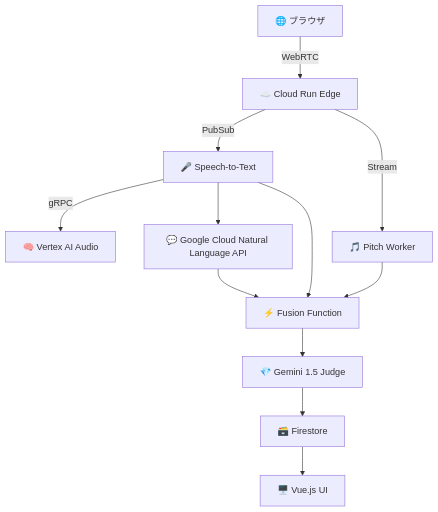
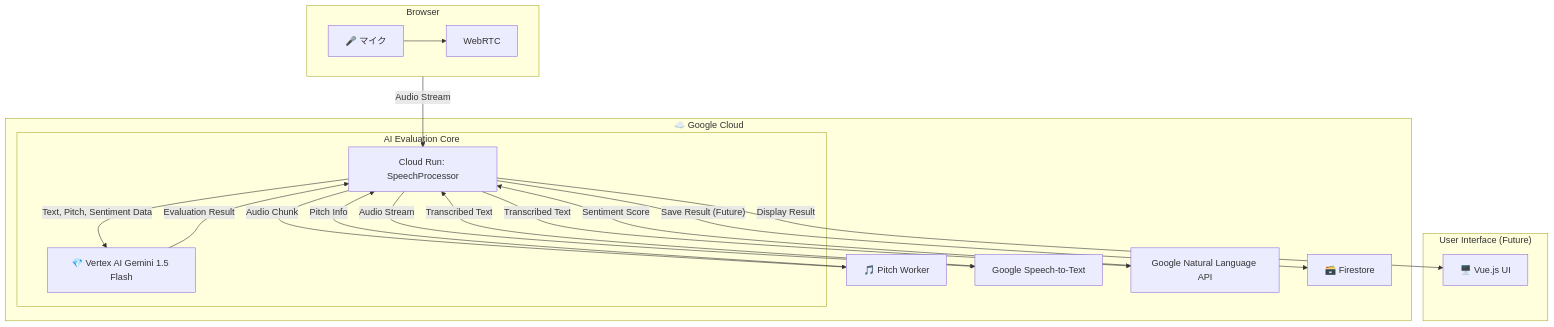
Before and after one commit to tokimwc/edge-presence-x-mvp: the diagram in README.md, drawn with Mermaid. The commit also changed other lines of this file and 4 other files, not shown here.

````diff
--- a/README.md
+++ b/README.md
@@ -23,13 +23,31 @@
 ```mermaid
 graph TD
-    Browser[🌐 ブラウザ] --WebRTC--> CloudRun[☁️ Cloud Run Edge]
-    CloudRun --PubSub--> STT[🎤 Speech-to-Text]
-    STT --gRPC--> VertexAI[🧠 Vertex AI Audio]
-    CloudRun --Stream--> PitchWorker[🎵 Pitch Worker]
-    STT --> NL_API[💬 Google Cloud Natural Language API]
-    STT & PitchWorker --> Fusion[⚡ Fusion Function]
-    Fusion --> Gemini[💎 Gemini 1.5 Judge]
-    NL_API --> Fusion
-    Gemini --> Firestore[🗃️ Firestore]
-    Firestore --> VueUI[🖥️ Vue.js UI]
+    subgraph Browser
+        direction LR
+        Mic[🎤 マイク] --> WebRTC
+    end
+
+    subgraph "☁️ Google Cloud"
+        WebRTC -- "Audio Stream" --> CloudRun[Cloud Run: SpeechProcessor]
+
+        CloudRun -- "Audio Chunk" --> PitchWorker[🎵 Pitch Worker]
+        CloudRun -- "Audio Stream" --> STT[Google Speech-to-Text]
+
+        STT -- "Transcribed Text" --> CloudRun
+        CloudRun -- "Transcribed Text" --> NL_API[Google Natural Language API]
+
+        subgraph "AI Evaluation Core"
+          CloudRun -- "Text, Pitch, Sentiment Data" --> Gemini[💎 Vertex AI Gemini 1.5 Flash]
+        end
+
+        NL_API -- "Sentiment Score" --> CloudRun
+        PitchWorker -- "Pitch Info" --> CloudRun
+
+        Gemini -- "Evaluation Result" --> CloudRun
+        CloudRun -- "Save Result (Future)" --> Firestore[🗃️ Firestore]
+    end
+
+    subgraph "User Interface (Future)"
+        CloudRun -- "Display Result" --> VueUI[🖥️ Vue.js UI]
+    end
 ```
````
